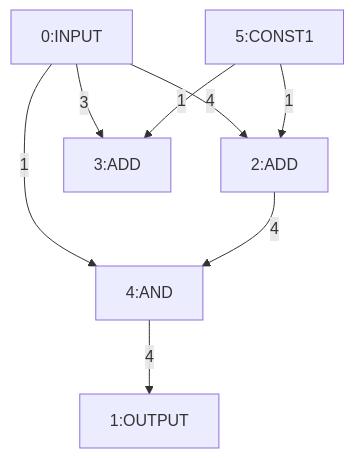
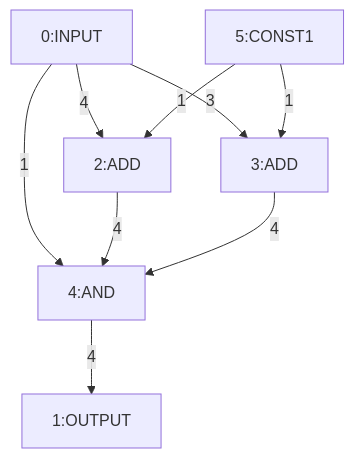
The diagram in README.md (ba144220/cs224w-final-project), drawn with Mermaid before and after one commit. The commit also changed 6 other files, not shown here.

````diff
--- a/README.md
+++ b/README.md
@@ -76,16 +76,17 @@
 ```mermaid
 graph TD
     0[0:INPUT]
     1[1:OUTPUT]
     2[2:ADD]
     3[3:ADD]
     4[4:AND]
     5[5:CONST1]
     0--3-->3
     0--4-->2
     0--1-->4
     5--1-->3
     5--1-->2
     2--4-->4
+    3--4-->4
     4--4-->1
 ```
````
